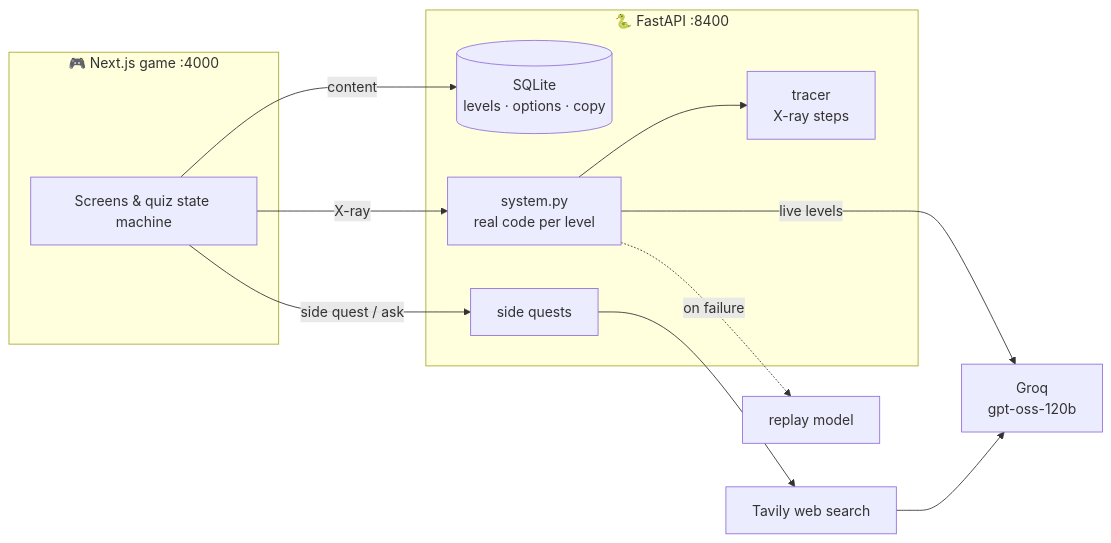
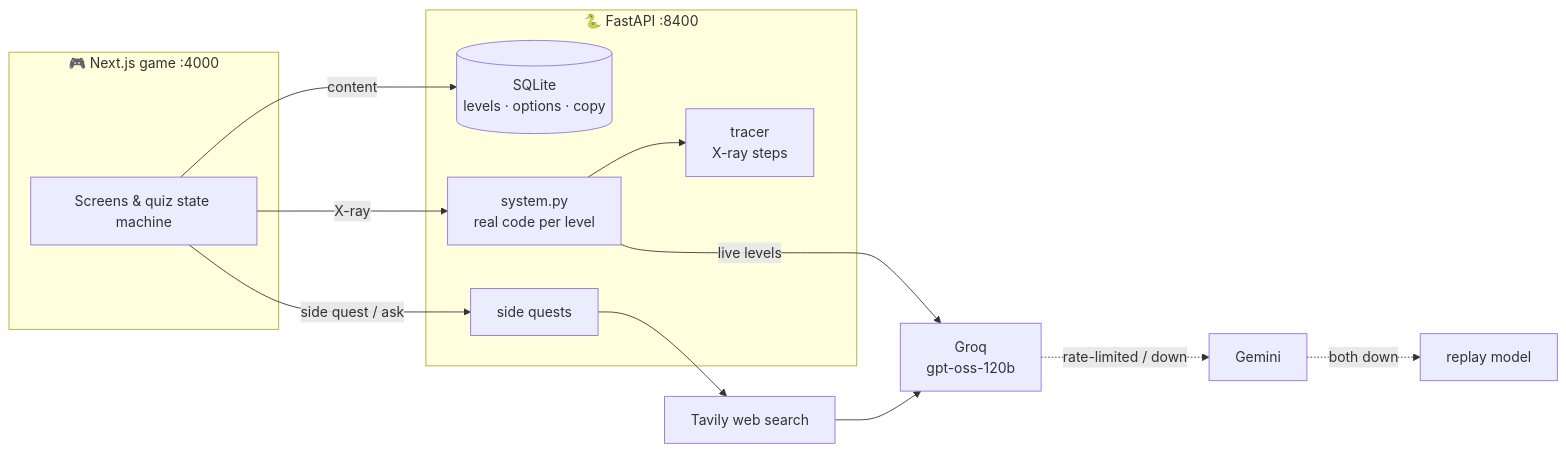
The diagram in README.md (Niharika-valacha/ai-warrior), drawn with Mermaid before and after one commit. The commit also changed other lines of this file and 2 other files, not shown here.

Commit message:
CI on every PR, and docs for the provider chain
GitHub Actions runs the API tests, web tests, type check and a production
build. No secrets in CI: tests use the replay model and fakes.

````diff
--- a/README.md
+++ b/README.md
@@ -76,18 +76,19 @@
 ```mermaid
 flowchart LR
   subgraph Game["🎮 Next.js game :4000"]
     UI[Screens & quiz state machine]
   end
   subgraph API["🐍 FastAPI :8400"]
     C[(SQLite<br/>levels · options · copy)]
     S[system.py<br/>real code per level]
     T[tracer<br/>X-ray steps]
     Q[side quests]
   end
   UI -- content --> C
   UI -- X-ray --> S --> T
   UI -- side quest / ask --> Q
   S -- live levels --> G[Groq<br/>gpt-oss-120b]
-  S -. on failure .-> R[replay model]
+  G -. rate-limited / down .-> GM[Gemini]
+  GM -. both down .-> R[replay model]
   Q --> TV[Tavily web search] --> G
 ```
````
